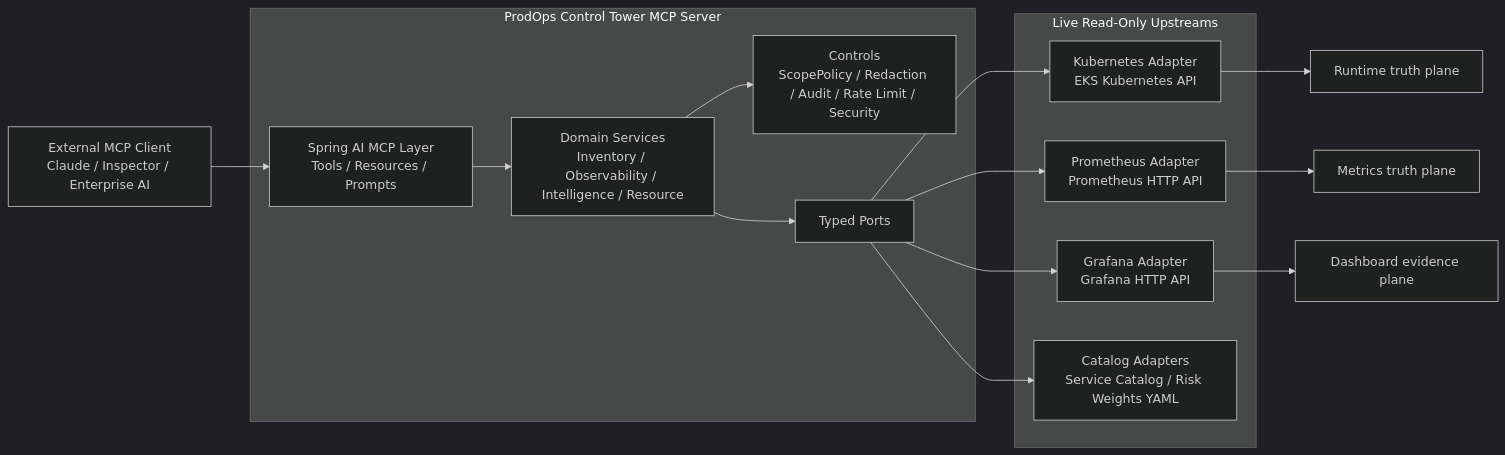
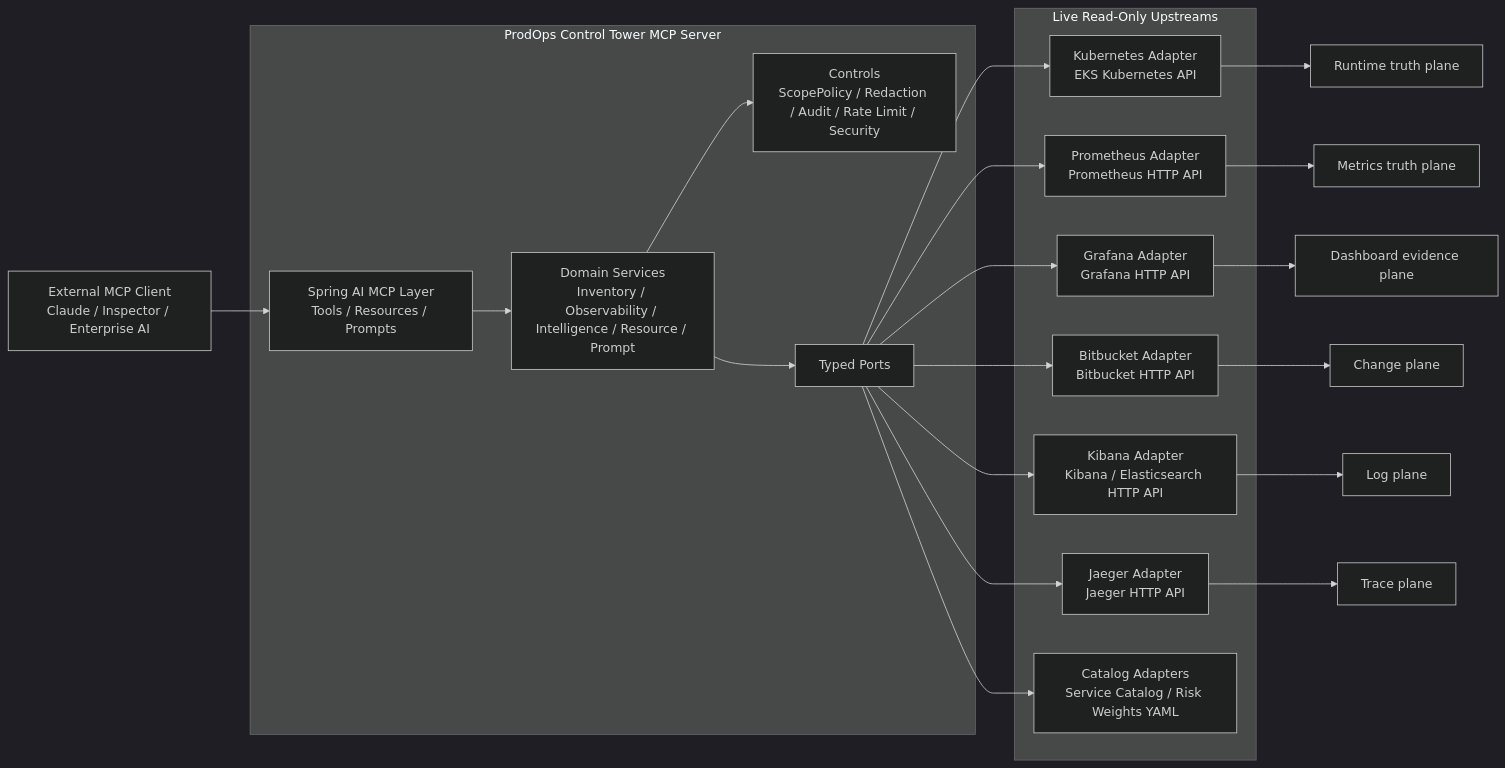
Before and after one commit to rajatyadav2505/mcp_prodops: the first of 4 diagrams in docs/eks_connectivity_architecture.md, drawn with Mermaid (dark theme). The commit also changed other lines of this file and 7 other files, not shown here.

````diff
--- a/docs/eks_connectivity_architecture.md
+++ b/docs/eks_connectivity_architecture.md
@@ -24,21 +28,27 @@
 ```mermaid
 flowchart LR
     Client["External MCP Client<br/>Claude / Inspector / Enterprise AI"] --> MCP["Spring AI MCP Layer<br/>Tools / Resources / Prompts"]
 
     subgraph Server["ProdOps Control Tower MCP Server"]
-      MCP --> Domain["Domain Services<br/>Inventory / Observability / Intelligence / Resource"]
+      MCP --> Domain["Domain Services<br/>Inventory / Observability / Intelligence / Resource / Prompt"]
       Domain --> Controls["Controls<br/>ScopePolicy / Redaction / Audit / Rate Limit / Security"]
       Domain --> Ports["Typed Ports"]
     end
 
     subgraph Upstreams["Live Read-Only Upstreams"]
       Ports --> K8s["Kubernetes Adapter<br/>EKS Kubernetes API"]
       Ports --> Prom["Prometheus Adapter<br/>Prometheus HTTP API"]
       Ports --> Graf["Grafana Adapter<br/>Grafana HTTP API"]
+      Ports --> Bitbucket["Bitbucket Adapter<br/>Bitbucket HTTP API"]
+      Ports --> Kibana["Kibana Adapter<br/>Kibana / Elasticsearch HTTP API"]
+      Ports --> Jaeger["Jaeger Adapter<br/>Jaeger HTTP API"]
       Ports --> Catalog["Catalog Adapters<br/>Service Catalog / Risk Weights YAML"]
     end
 
     K8s --> Runtime["Runtime truth plane"]
     Prom --> Metrics["Metrics truth plane"]
     Graf --> Evidence["Dashboard evidence plane"]
+    Bitbucket --> Changes["Change plane"]
+    Kibana --> Logs["Log plane"]
+    Jaeger --> Traces["Trace plane"]
 ```
````
